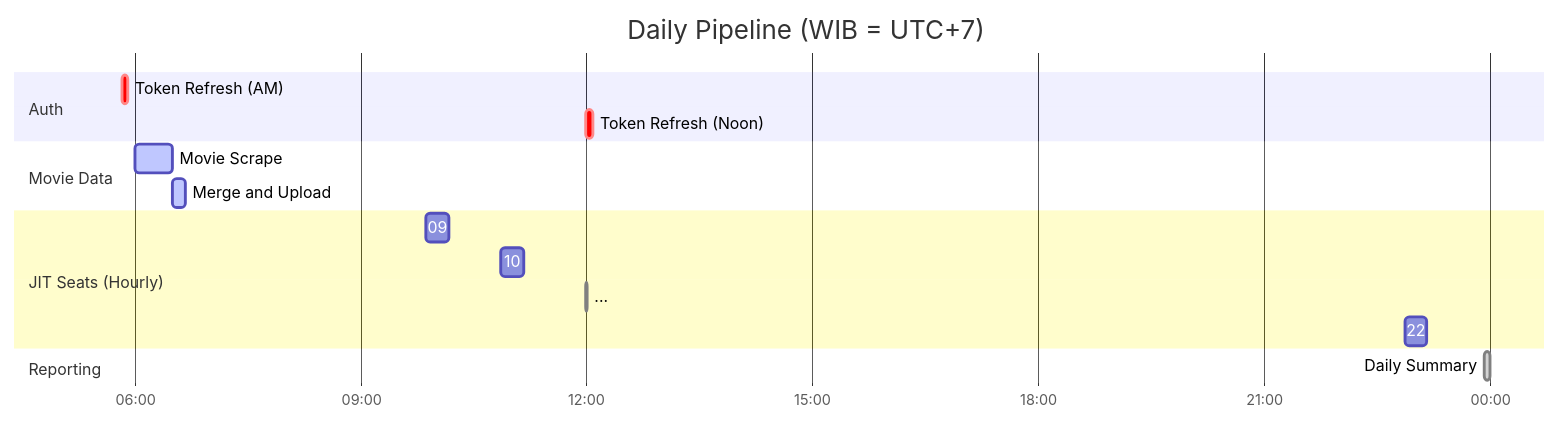
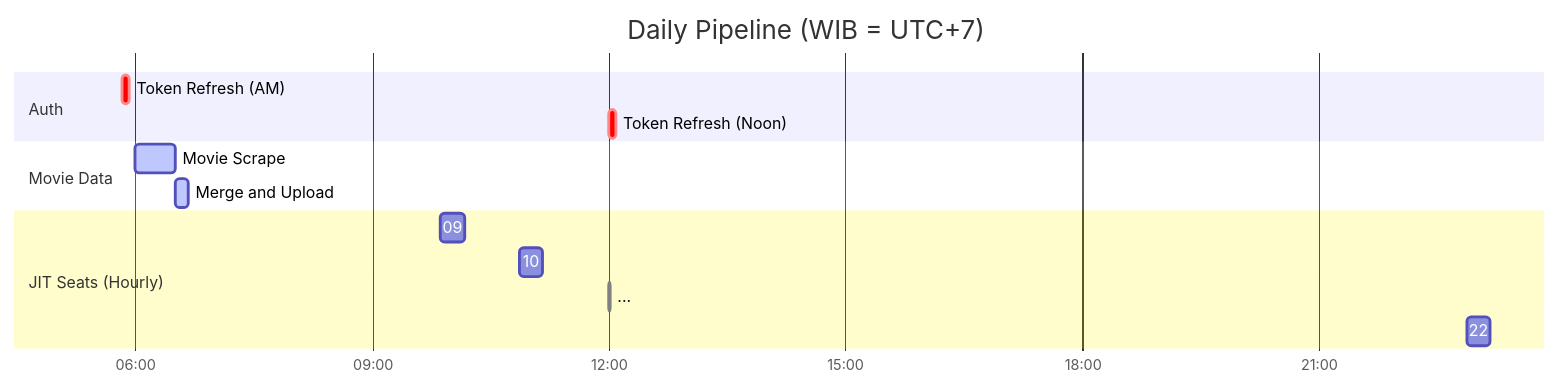
The first of 5 diagrams in docs/03_daily_pipeline.md (okihita/CineRadar), drawn with Mermaid before and after one commit. The commit also changed other lines of this file and 9 other files, not shown here.

````diff
--- a/docs/03_daily_pipeline.md
+++ b/docs/03_daily_pipeline.md
@@ -20,23 +19,20 @@
 ```mermaid
 gantt
     title Daily Pipeline (WIB = UTC+7)
     dateFormat HH:mm
     axisFormat %H:%M
     
     section Auth
     Token Refresh (AM)   :crit, 05:50, 5m
     Token Refresh (Noon) :crit, 12:00, 5m
 
     section Movie Data
     Movie Scrape         :active, 06:00, 30m
     Merge and Upload     :active, 06:30, 10m
 
     section JIT Seats (Hourly)
     09:52 JIT Scrape     :active, 09:52, 18m
     10:52 JIT Scrape     :active, 10:52, 18m
     ...                  :done, 12:00, 1m
     22:52 JIT Scrape     :active, 22:52, 18m
-    
-    section Reporting
-    Daily Summary        :done, 23:55, 5m
 ```
````
